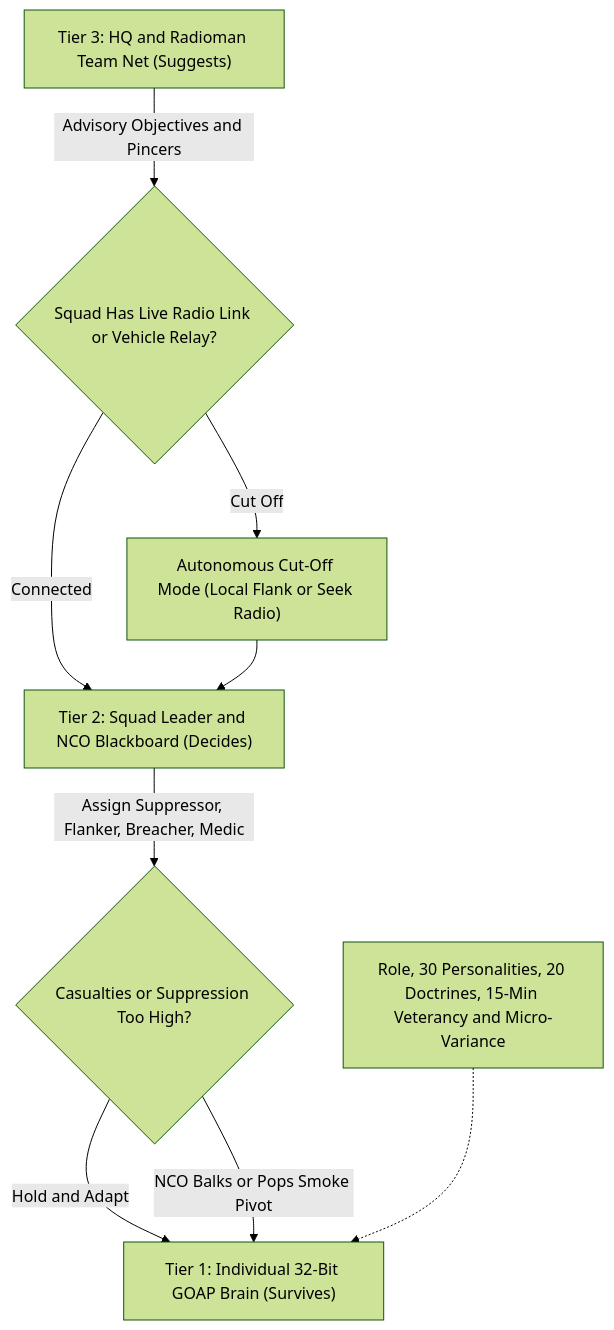
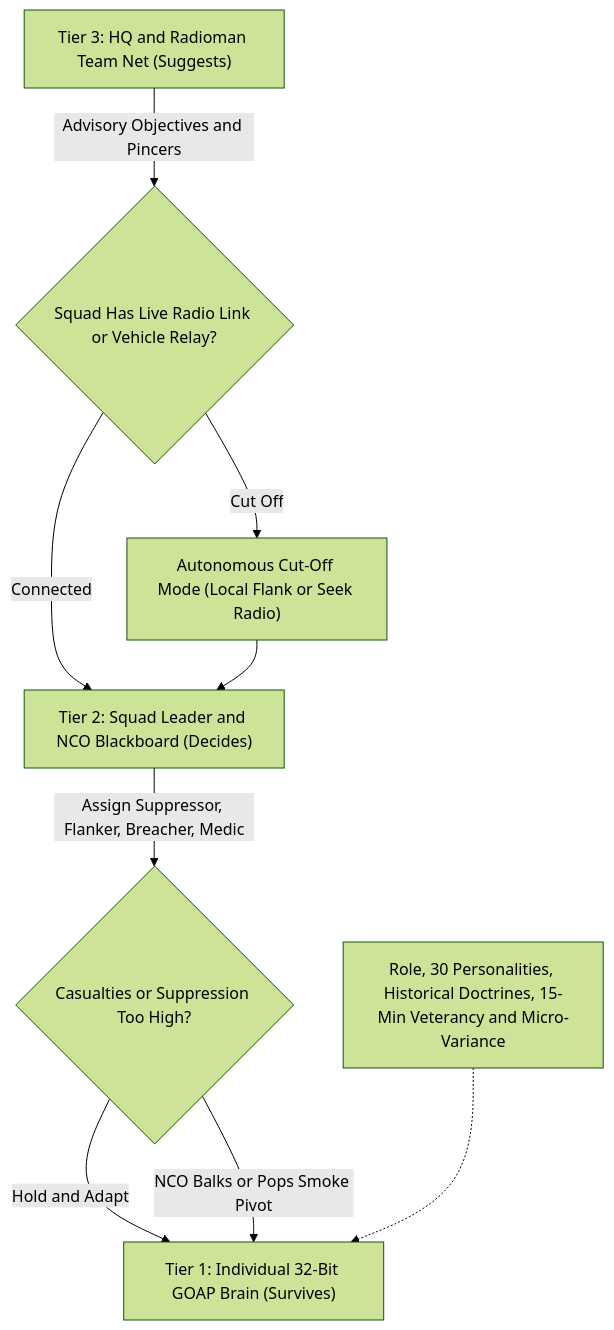
One commit to sudravirodhin/easy-red-2-ai changed the diagram in README.md. Above: the diagram before and after it, drawn with Mermaid (forest theme). The commit also changed other lines of this file and 2 other files, not shown here.

````diff
--- a/README.md
+++ b/README.md
@@ -55,19 +156,19 @@
 ```mermaid
 flowchart TD
     T3["Tier 3: HQ and Radioman Team Net (Suggests)"]
     NET{"Squad Has Live Radio Link or Vehicle Relay?"}
     CUT["Autonomous Cut-Off Mode (Local Flank or Seek Radio)"]
     T2["Tier 2: Squad Leader and NCO Blackboard (Decides)"]
     BALK{"Casualties or Suppression Too High?"}
     T1["Tier 1: Individual 32-Bit GOAP Brain (Survives)"]
-    MOD["Role, 30 Personalities, 20 Doctrines, 15-Min Veterancy and Micro-Variance"]
+    MOD["Role, 30 Personalities, Historical Doctrines, 15-Min Veterancy and Micro-Variance"]
 
     T3 -->|Advisory Objectives and Pincers| NET
     NET -->|Connected| T2
     NET -->|Cut Off| CUT
     CUT --> T2
     T2 -->|Assign Suppressor, Flanker, Breacher, Medic| BALK
     BALK -->|Hold and Adapt| T1
     BALK -->|NCO Balks or Pops Smoke Pivot| T1
     MOD -.-> T1
 ```
````
